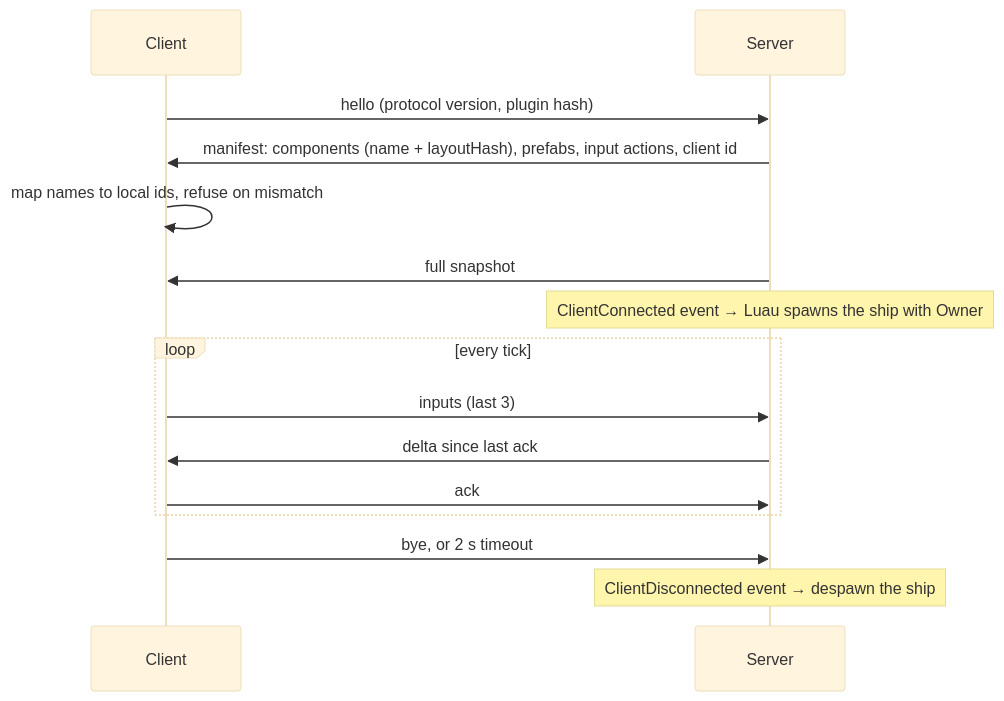
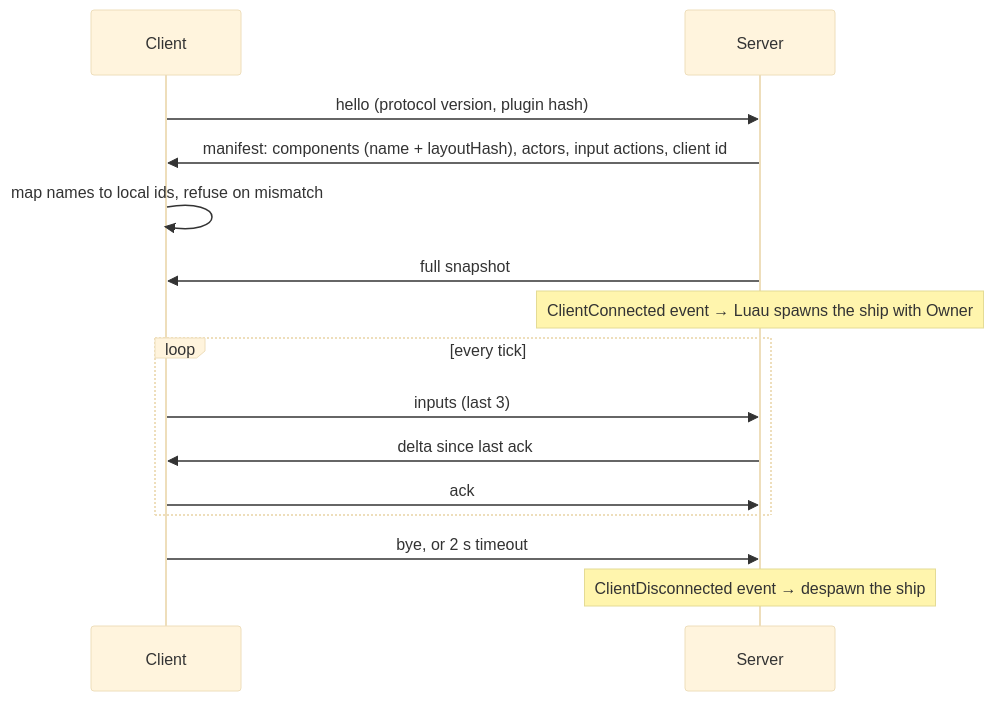
The third of 3 diagrams in docs/ecs/features/20-replication.md (Charles-Mahoudeau/rtype), drawn with Mermaid (base theme) before and after one commit. The commit also changed other lines of this file and 11 other files, not shown here.

Commit message:
docs(ecs): call prefabs actors

````diff
--- a/docs/ecs/features/20-replication.md
+++ b/docs/ecs/features/20-replication.md
@@ -157,17 +157,17 @@
 ```mermaid
 sequenceDiagram
     participant C as Client
     participant S as Server
     C->>S: hello (protocol version, plugin hash)
-    S->>C: manifest: components (name + layoutHash), prefabs, input actions, client id
+    S->>C: manifest: components (name + layoutHash), actors, input actions, client id
     C->>C: map names to local ids, refuse on mismatch
     S->>C: full snapshot
     Note over S: ClientConnected event → Luau spawns the ship with Owner
     loop every tick
         C->>S: inputs (last 3)
         S->>C: delta since last ack
         C->>S: ack
     end
     C->>S: bye, or 2 s timeout
     Note over S: ClientDisconnected event → despawn the ship
 ```
````
